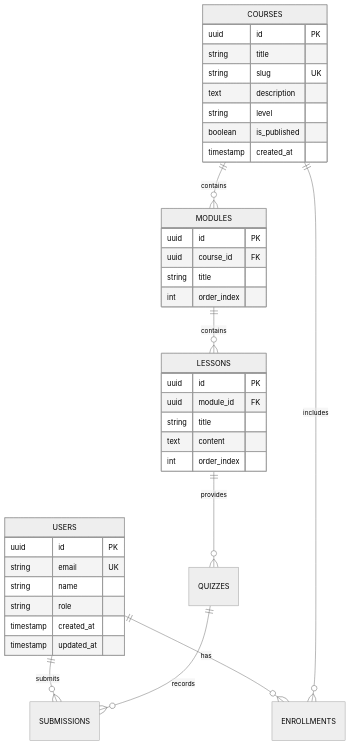
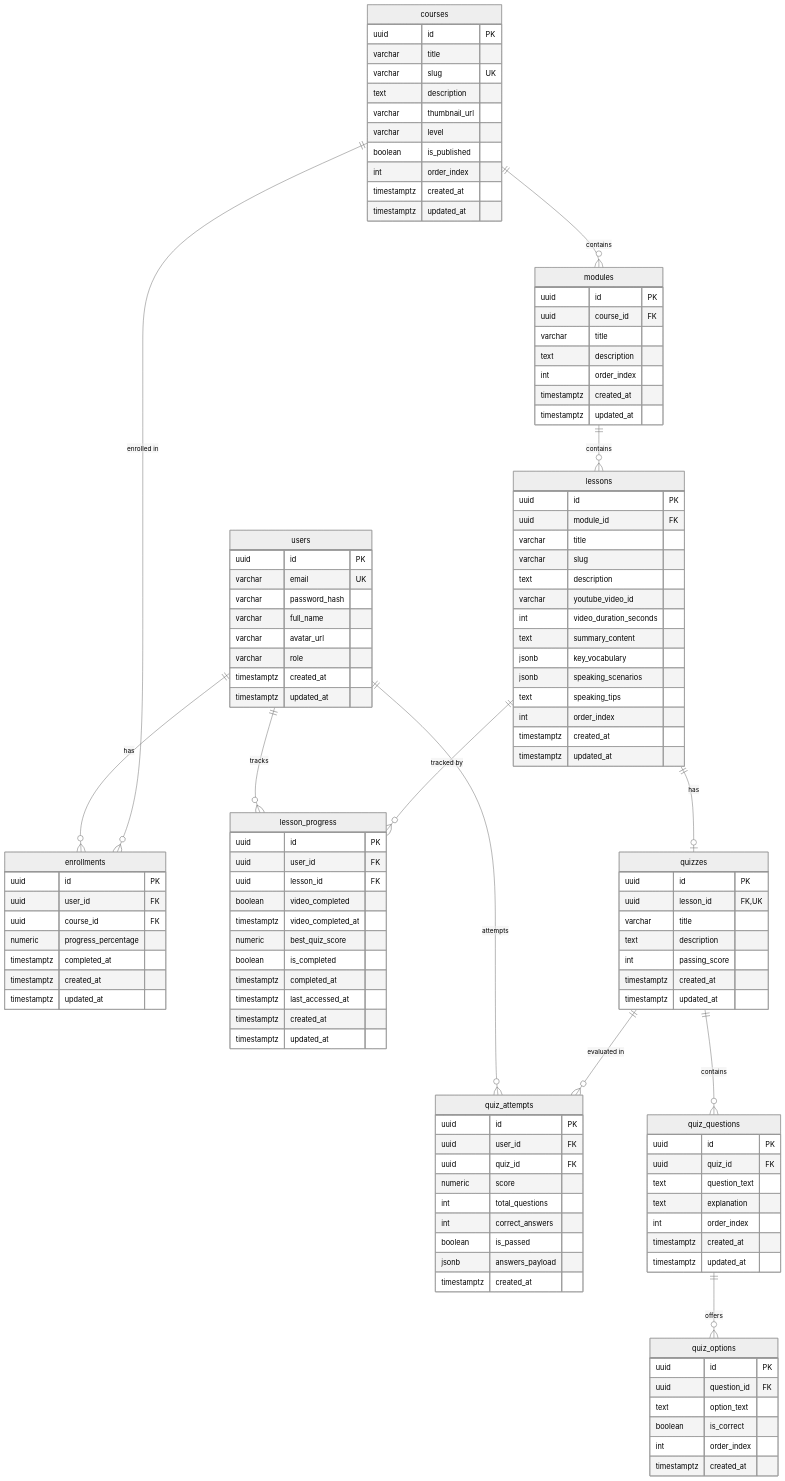
The diagram in docs/DATABASE.md (Rezajulianto123/dream-academy), drawn with Mermaid (neutral theme) before and after one commit. The commit also changed other lines of this file and 4 other files, not shown here.

Commit message:
docs(arch): formulate architecture, database schema, api contracts & implementation plan

````diff
--- a/docs/DATABASE.md
+++ b/docs/DATABASE.md
@@ -22,44 +26,135 @@
 ```mermaid
 erDiagram
-    USERS ||--o{ ENROLLMENTS : has
-    USERS ||--o{ SUBMISSIONS : submits
-    COURSES ||--o{ MODULES : contains
-    COURSES ||--o{ ENROLLMENTS : includes
-    MODULES ||--o{ LESSONS : contains
-    LESSONS ||--o{ QUIZZES : provides
-    QUIZZES ||--o{ SUBMISSIONS : records
+    users ||--o{ enrollments : "has"
+    users ||--o{ lesson_progress : "tracks"
+    users ||--o{ quiz_attempts : "attempts"
 
-    USERS {
+    courses ||--o{ modules : "contains"
+    courses ||--o{ enrollments : "enrolled in"
+
+    modules ||--o{ lessons : "contains"
+
+    lessons ||--o| quizzes : "has"
+    lessons ||--o{ lesson_progress : "tracked by"
+
+    quizzes ||--o{ quiz_questions : "contains"
+    quizzes ||--o{ quiz_attempts : "evaluated in"
+
+    quiz_questions ||--o{ quiz_options : "offers"
+
+    users {
         uuid id PK
-        string email UK
-        string name
-        string role
-        timestamp created_at
-        timestamp updated_at
+        varchar email UK
+        varchar password_hash
+        varchar full_name
+        varchar avatar_url
+        varchar role
+        timestamptz created_at
+        timestamptz updated_at
     }
 
-    COURSES {
+    courses {
         uuid id PK
-        string title
-        string slug UK
+        varchar title
+        varchar slug UK
         text description
-        string level
+        varchar thumbnail_url
+        varchar level
         boolean is_published
-        timestamp created_at
+        int order_index
+        timestamptz created_at
+        timestamptz updated_at
     }
 
-    MODULES {
+    modules {
         uuid id PK
         uuid course_id FK
-        string title
+        varchar title
+        text description
         int order_index
+        timestamptz created_at
+        timestamptz updated_at
     }
 
-    LESSONS {
+    lessons {
         uuid id PK
         uuid module_id FK
-        string title
-        text content
+        varchar title
+        varchar slug
+        text description
+        varchar youtube_video_id
+        int video_duration_seconds
+        text summary_content
+        jsonb key_vocabulary
+        jsonb speaking_scenarios
+        text speaking_tips
         int order_index
+        timestamptz created_at
+        timestamptz updated_at
+    }
+
+    enrollments {
+        uuid id PK
+        uuid user_id FK
+        uuid course_id FK
+        numeric progress_percentage
+        timestamptz completed_at
+        timestamptz created_at
+        timestamptz updated_at
+    }
+
+    lesson_progress {
+        uuid id PK
+        uuid user_id FK
+        uuid lesson_id FK
+        boolean video_completed
+        timestamptz video_completed_at
+        numeric best_quiz_score
+        boolean is_completed
+        timestamptz completed_at
+        timestamptz last_accessed_at
+        timestamptz created_at
+        timestamptz updated_at
+    }
+
+    quizzes {
+        uuid id PK
+        uuid lesson_id FK, UK
+        varchar title
+        text description
+        int passing_score
+        timestamptz created_at
+        timestamptz updated_at
+    }
+
+    quiz_questions {
+        uuid id PK
+        uuid quiz_id FK
+        text question_text
+        text explanation
+        int order_index
+        timestamptz created_at
+        timestamptz updated_at
+    }
+
+    quiz_options {
+        uuid id PK
+        uuid question_id FK
+        text option_text
+        boolean is_correct
+        int order_index
+        timestamptz created_at
+    }
+
+    quiz_attempts {
+        uuid id PK
+        uuid user_id FK
+        uuid quiz_id FK
+        numeric score
+        int total_questions
+        int correct_answers
+        boolean is_passed
+        jsonb answers_payload
+        timestamptz created_at
     }
 ```
````
